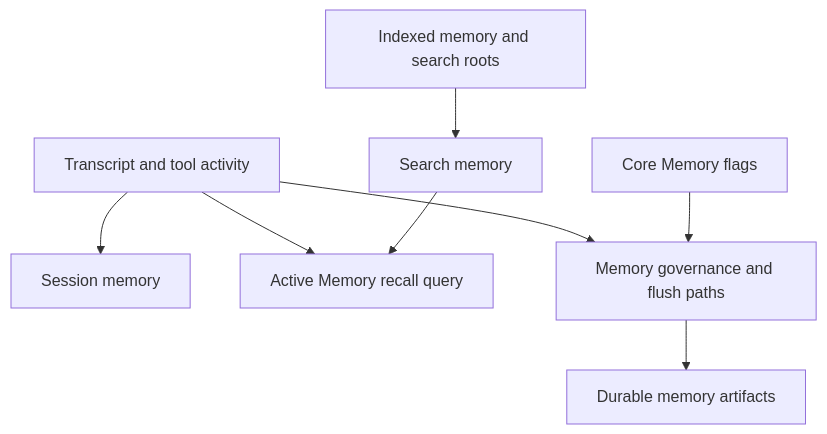
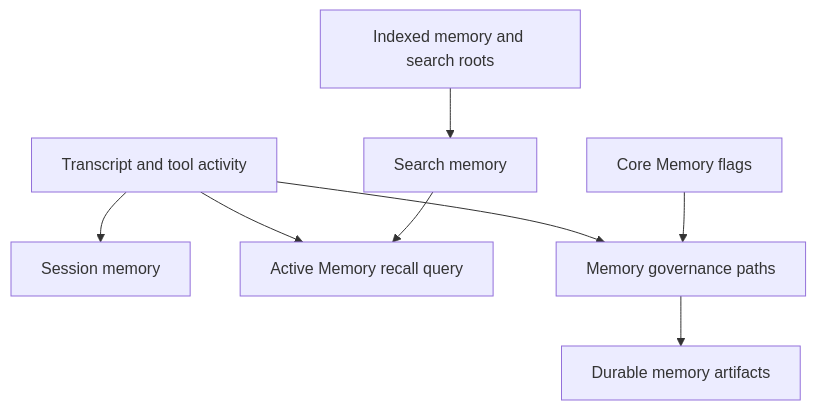
Before and after one commit to tulkun-lab/tulkun-lab.github.io: the diagram in docs/guide/memory-systems.md, drawn with Mermaid. The commit also changed other lines of this file and 2 other files, not shown here.

````diff
--- a/docs/guide/memory-systems.md
+++ b/docs/guide/memory-systems.md
@@ -28,10 +28,10 @@
 ```mermaid
 flowchart TB
     A["Transcript and tool activity"] --> B["Session memory"]
     A --> C["Active Memory recall query"]
     D["Indexed memory and search roots"] --> E["Search memory"]
     E --> C
-    A --> F["Memory governance and flush paths"]
+    A --> F["Memory governance paths"]
     F --> G["Durable memory artifacts"]
     H["Core Memory flags"] --> F
 ```
````
